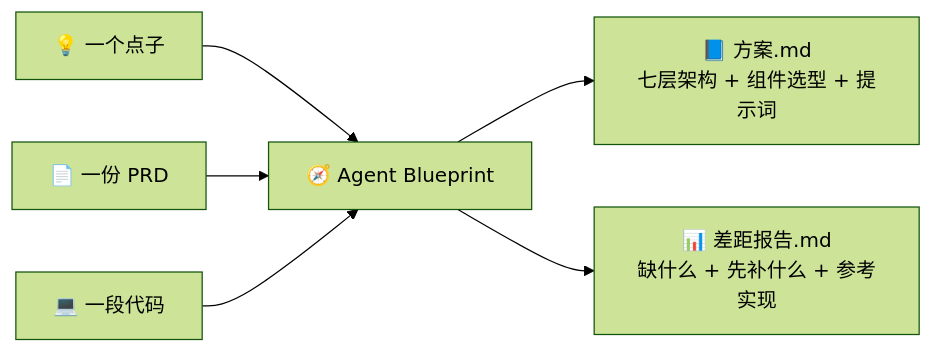
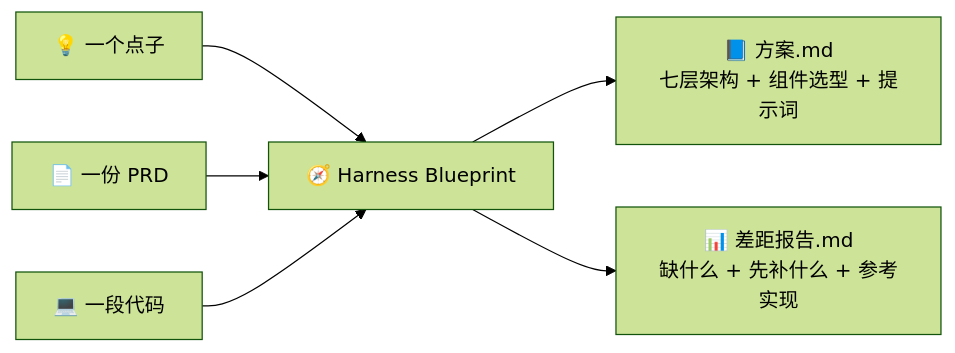
Before and after one commit to lizilong0326/harness-blueprint: the diagram in README.md, drawn with Mermaid (forest theme). The commit also changed other lines of this file and 3 other files, not shown here.

Commit message:
项目名同步为 Harness Blueprint

````diff
--- a/README.md
+++ b/README.md
@@ -25,8 +25,8 @@
 ```mermaid
 flowchart LR
-    A[💡 一个点子] --> E[🧭 Agent Blueprint]
+    A[💡 一个点子] --> E[🧭 Harness Blueprint]
     B[📄 一份 PRD] --> E
     C[💻 一段代码] --> E
     E --> F[📘 方案.md<br/>七层架构 + 组件选型 + 提示词]
     E --> G[📊 差距报告.md<br/>缺什么 + 先补什么 + 参考实现]
 ```
````
